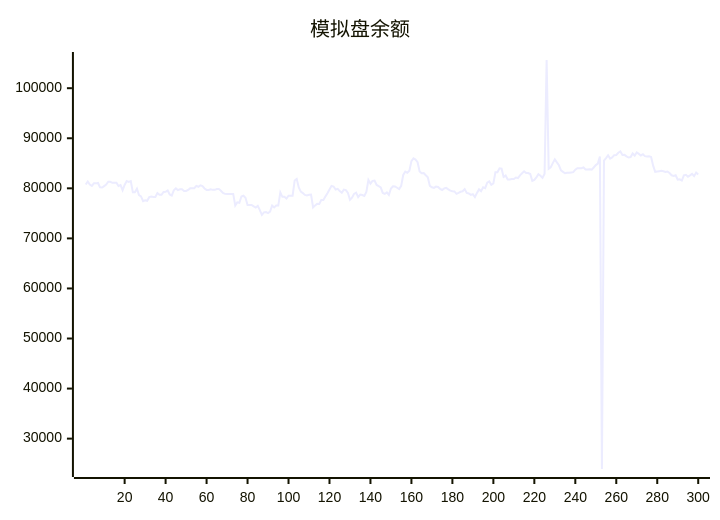
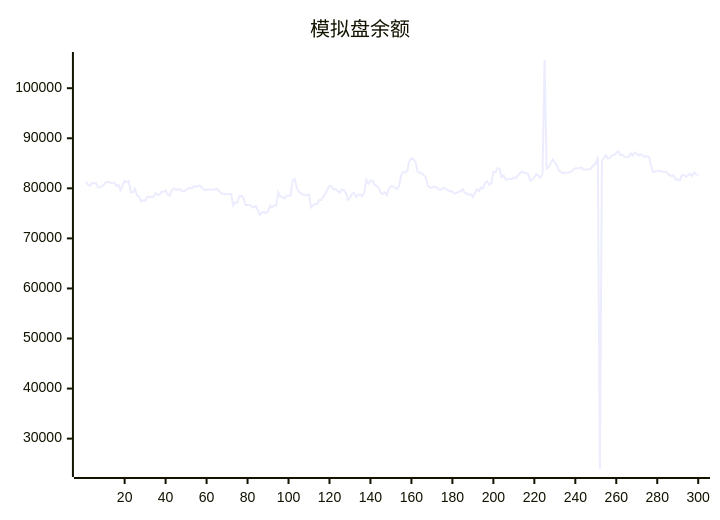
Before and after one commit to aahl/ai-trading: the diagram in README.md, drawn with Mermaid. The commit also changed other lines of this file and 1 other file, not shown here.

````diff
--- a/README.md
+++ b/README.md
@@ -5,5 +5,5 @@
 ```mermaid
 xychart
     title "模拟盘余额"
-    line [80770,81371,80742,80468,80989,80989,81067,80191,80155,80450,80737,81309,81309,81106,81119,81119,80471,80631,79624,80670,81448,81290,81429,79212,79222,79940,78643,78380,77432,77623,77504,78235,78358,78284,78277,79048,78714,78714,79290,79308,79567,78763,78563,79603,79988,79652,79813,79813,79476,79469,79673,79995,80015,80015,80486,80314,80600,80436,79966,79689,79689,79819,79692,79692,79850,79850,79518,79071,78889,78850,78850,78878,78878,76554,77202,77103,78357,78510,78106,76678,76677,76672,76411,76159,76485,75656,74695,75197,75246,75052,75334,76564,76179,76553,76551,79196,78300,78300,77944,78531,78531,78521,81564,81884,80160,79335,79055,78675,78580,78708,78764,76179,76586,76902,76876,77658,77669,78346,79023,79769,80497,80366,79761,79896,79448,79126,79749,79658,79097,77695,78114,78888,79126,78249,78738,78653,78478,79271,81680,80923,81488,81527,80681,80455,80190,79084,78879,79193,78686,79954,80403,80374,80118,79848,80491,82665,83351,83098,83525,85430,85983,85737,85221,83378,83014,83043,82613,82216,80477,80208,80081,80348,80277,79894,79670,79965,80093,79786,79542,79406,79371,78893,79087,79304,79406,79841,79072,78978,78696,78846,78272,79085,79787,79442,80198,80031,81120,81379,80718,80985,83214,83212,83993,83921,82270,82547,81776,81776,81866,81866,82158,82061,82596,83000,83408,83041,83050,82858,81503,81691,82188,82812,82517,82092,82901,105633,83898,84180,85030,85781,85178,84604,83569,83298,83008,83093,83107,83175,83228,83729,84025,84017,84019,84177,83775,83762,83785,83738,84160,84639,84939,86370,23934,85548,86046,86599,85942,86161,86622,86664,87115,87369,86666,86685,86384,86152,86243,86969,86548,87164,86885,86566,86809,86427,86348,86417,86273,84538,83299,83369,83430,83490,83404,83270,83362,83056,82605,82459,82614,81734,81788,81551,82598,82702,82320,82580,82878,82426,83139,82778]
+    line [81371,80742,80468,80989,80989,81067,80191,80155,80450,80737,81309,81309,81106,81119,81119,80471,80631,79624,80670,81448,81290,81429,79212,79222,79940,78643,78380,77432,77623,77504,78235,78358,78284,78277,79048,78714,78714,79290,79308,79567,78763,78563,79603,79988,79652,79813,79813,79476,79469,79673,79995,80015,80015,80486,80314,80600,80436,79966,79689,79689,79819,79692,79692,79850,79850,79518,79071,78889,78850,78850,78878,78878,76554,77202,77103,78357,78510,78106,76678,76677,76672,76411,76159,76485,75656,74695,75197,75246,75052,75334,76564,76179,76553,76551,79196,78300,78300,77944,78531,78531,78521,81564,81884,80160,79335,79055,78675,78580,78708,78764,76179,76586,76902,76876,77658,77669,78346,79023,79769,80497,80366,79761,79896,79448,79126,79749,79658,79097,77695,78114,78888,79126,78249,78738,78653,78478,79271,81680,80923,81488,81527,80681,80455,80190,79084,78879,79193,78686,79954,80403,80374,80118,79848,80491,82665,83351,83098,83525,85430,85983,85737,85221,83378,83014,83043,82613,82216,80477,80208,80081,80348,80277,79894,79670,79965,80093,79786,79542,79406,79371,78893,79087,79304,79406,79841,79072,78978,78696,78846,78272,79085,79787,79442,80198,80031,81120,81379,80718,80985,83214,83212,83993,83921,82270,82547,81776,81776,81866,81866,82158,82061,82596,83000,83408,83041,83050,82858,81503,81691,82188,82812,82517,82092,82901,105633,83898,84180,85030,85781,85178,84604,83569,83298,83008,83093,83107,83175,83228,83729,84025,84017,84019,84177,83775,83762,83785,83738,84160,84639,84939,86370,23934,85548,86046,86599,85942,86161,86622,86664,87115,87369,86666,86685,86384,86152,86243,86969,86548,87164,86885,86566,86809,86427,86348,86417,86273,84538,83299,83369,83430,83490,83404,83270,83362,83056,82605,82459,82614,81734,81788,81551,82598,82702,82320,82580,82878,82426,83139,82778,82686]
 ```
````
